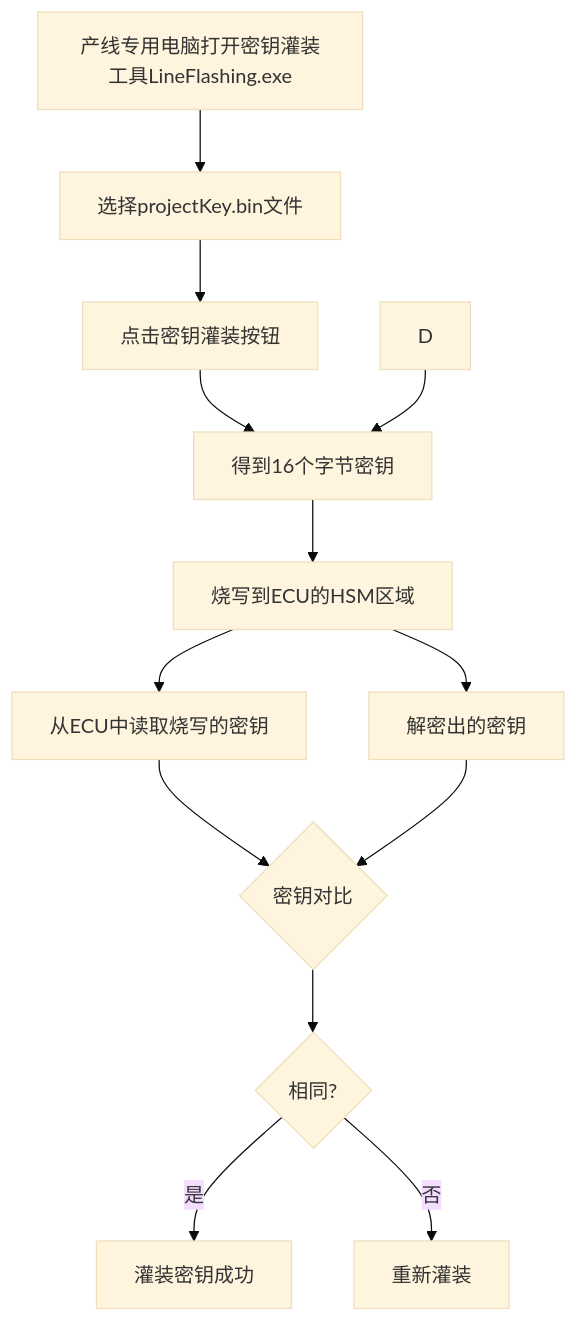
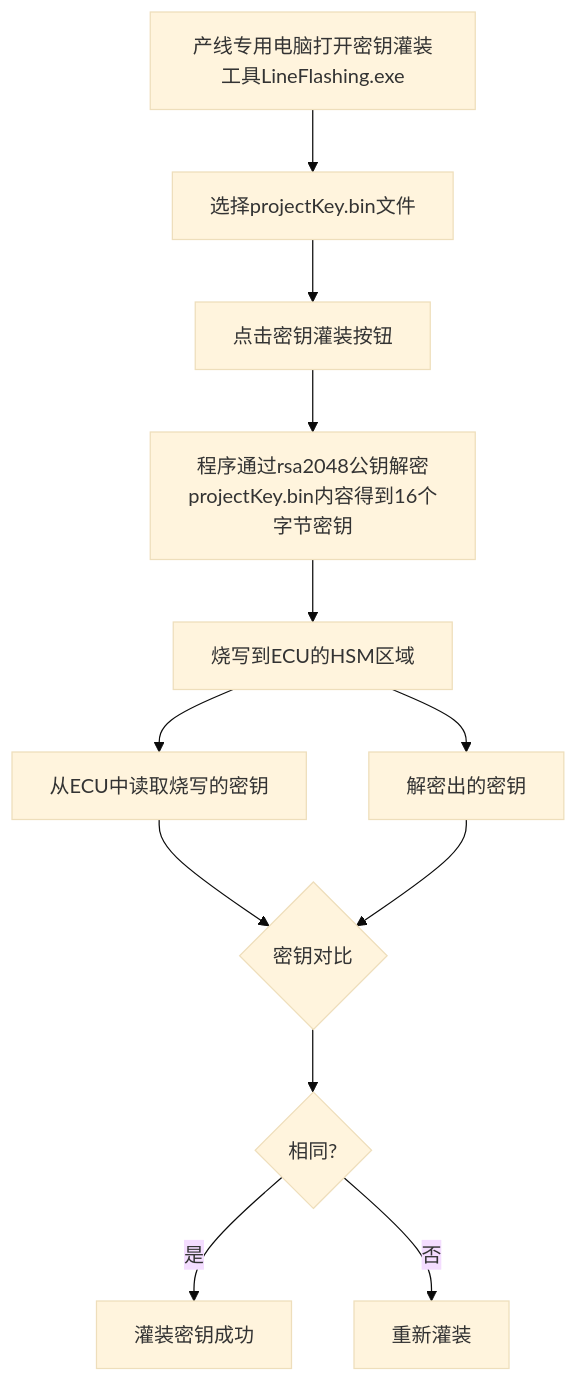
The diagram in all/未命名-5.md (facebook-cloud/iodraw-files), drawn with Mermaid (base theme) before and after one commit.

Commit message:
2026-01-05 17:25:13 update

````diff
--- a/all/未命名-5.md
+++ b/all/未命名-5.md
@@ -1,16 +1,15 @@
 ```mermaid
 graph TD
     A[产线专用电脑打开密钥灌装工具LineFlashing.exe] --> B[选择projectKey.bin文件]
     B --> C[点击密钥灌装按钮]
-    C --> E[程序通过rsa2048公钥解密projectKey.bin得到16个字节密钥]
-    D --> E[得到16个字节密钥]
+    C --> E[程序通过rsa2048公钥解密projectKey.bin内容得到16个字节密钥]
     E --> F[烧写到ECU的HSM区域]
     F --> G[从ECU中读取烧写的密钥]
     F --> H[解密出的密钥]
     G --> I{密钥对比}
     H --> I
     I --> J{相同?}
     J -- 是 --> K[灌装密钥成功]
     J -- 否 --> L[重新灌装]
 
 ```
````
